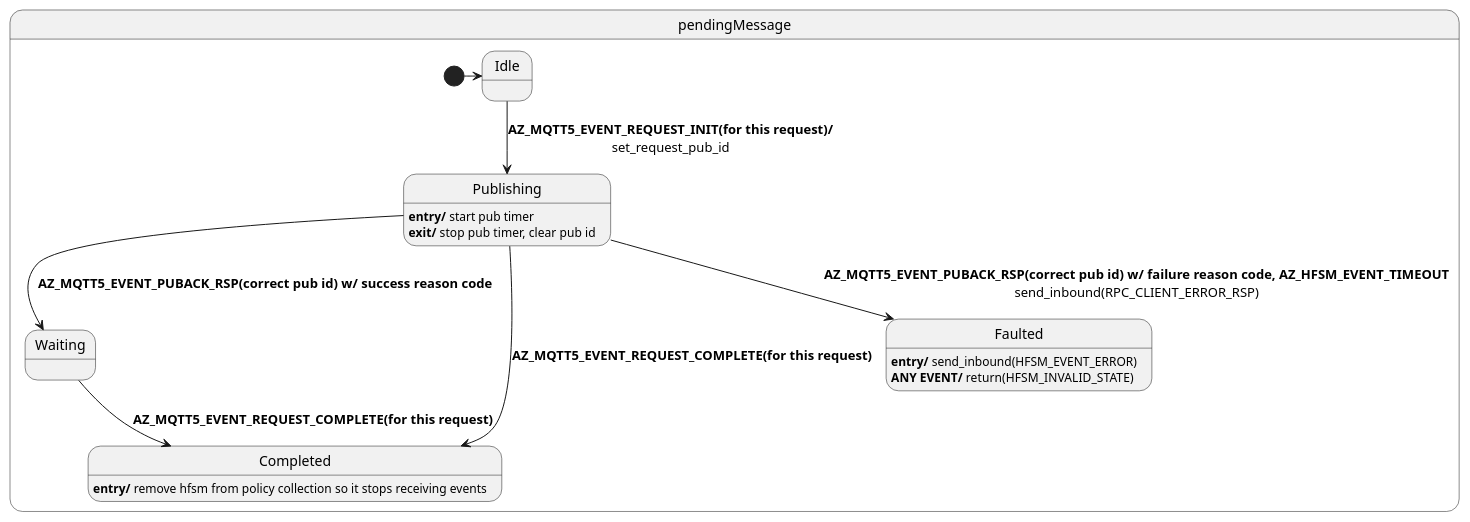
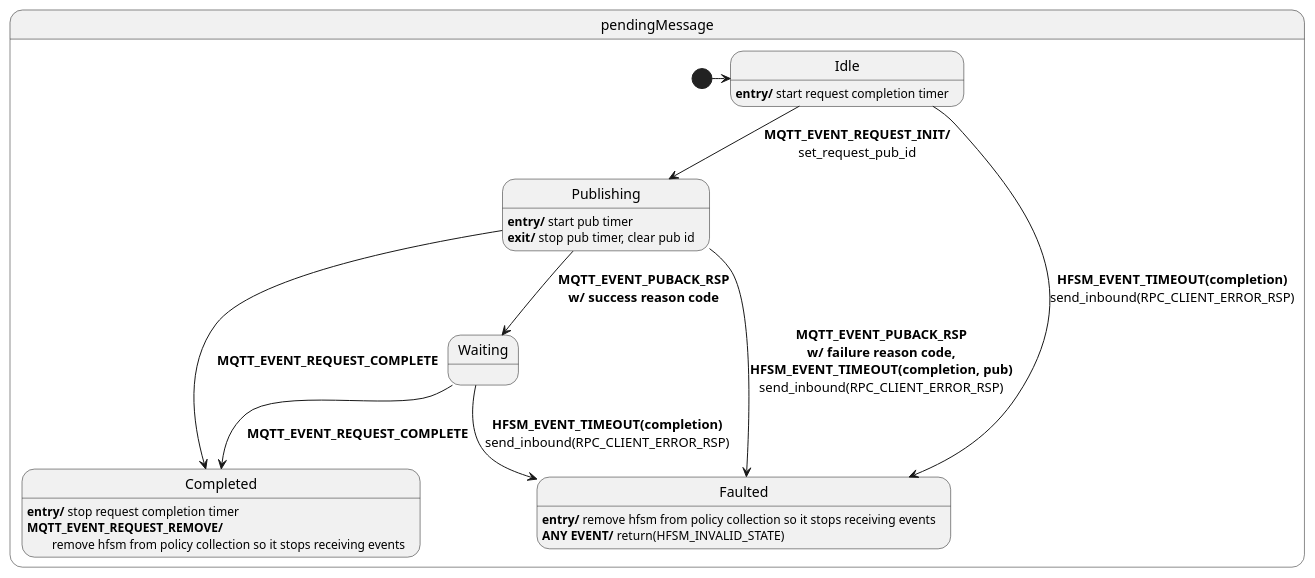
The diagram in sdk/docs/core/resources/mqtt_request.puml (Azure/azure-sdk-for-c), drawn with PlantUML before and after one commit. The commit also changed 1 other file, not shown here.

Commit message:
update puml diagrams for rpc request and client

```diff
--- a/sdk/docs/core/resources/mqtt_request.puml
+++ b/sdk/docs/core/resources/mqtt_request.puml
@@ -1,30 +1,36 @@
 @startuml
 ' ignore these as handled outside of this diagram: MQTT_EVENT_CONNECT_REQ, MQTT_EVENT_CONNECT_RSP, MQTT_EVENT_DISCONNECT_REQ, MQTT_EVENT_DISCONNECT_RSP
 ' Assumptions:
 ' 0. Unknown events are forwarded (in their original direction, either inbound or outbound).
 ' 1. send_inbound, send_outbound are used to send information to the app and network respectively.
+' 2. All events check that they are for this request or have the correct pub id before processing them.
 
 
 state pendingMessage {
   state Idle
+  Idle: <b>entry/</b> start request completion timer
 
   state Publishing
   Publishing : <b>entry/</b> start pub timer
   Publishing : <b>exit/</b> stop pub timer, clear pub id
 
   state Waiting
   state Completed
-  Completed : <b>entry/</b> remove hfsm from policy collection so it stops receiving events
+  Completed : <b>entry/</b> stop request completion timer
+  Completed : <b>MQTT_EVENT_REQUEST_REMOVE/</b> \n\tremove hfsm from policy collection so it stops receiving events
   state Faulted
-  Faulted : <b>entry/</b> send_inbound(HFSM_EVENT_ERROR)
+  Faulted : <b>entry/</b> remove hfsm from policy collection so it stops receiving events
   Faulted : <b>ANY EVENT/</b> return(HFSM_INVALID_STATE)
 
   [*] -> Idle
-  Idle --> Publishing : <b>AZ_MQTT5_EVENT_REQUEST_INIT(for this request)/</b>\nset_request_pub_id
-  Publishing --> Waiting : <b>AZ_MQTT5_EVENT_PUBACK_RSP(correct pub id) w/ success reason code</b>
-  Publishing --> Completed : <b>AZ_MQTT5_EVENT_REQUEST_COMPLETE(for this request)</b>
-  Publishing --> Faulted : <b>AZ_MQTT5_EVENT_PUBACK_RSP(correct pub id) w/ failure reason code, AZ_HFSM_EVENT_TIMEOUT</b>\nsend_inbound(RPC_CLIENT_ERROR_RSP)
-  Waiting --> Completed : <b>AZ_MQTT5_EVENT_REQUEST_COMPLETE(for this request)</b>
+  Idle --> Publishing : <b>MQTT_EVENT_REQUEST_INIT/</b>\nset_request_pub_id
+  Publishing --> Waiting : <b>MQTT_EVENT_PUBACK_RSP</b>\n<b>w/ success reason code</b>
+  Publishing --> Completed : <b>MQTT_EVENT_REQUEST_COMPLETE</b>
+  Publishing --> Faulted : <b>MQTT_EVENT_PUBACK_RSP</b>\n<b>w/ failure reason code,</b>\n<b>HFSM_EVENT_TIMEOUT(completion, pub)</b>\nsend_inbound(RPC_CLIENT_ERROR_RSP)
+  Waiting --> Completed : <b>MQTT_EVENT_REQUEST_COMPLETE</b>
+  Waiting --> Faulted : <b>HFSM_EVENT_TIMEOUT(completion)</b>\nsend_inbound(RPC_CLIENT_ERROR_RSP)
+  Idle --> Faulted : <b>HFSM_EVENT_TIMEOUT(completion)</b>\nsend_inbound(RPC_CLIENT_ERROR_RSP)
+
 }
 
 @enduml
```
